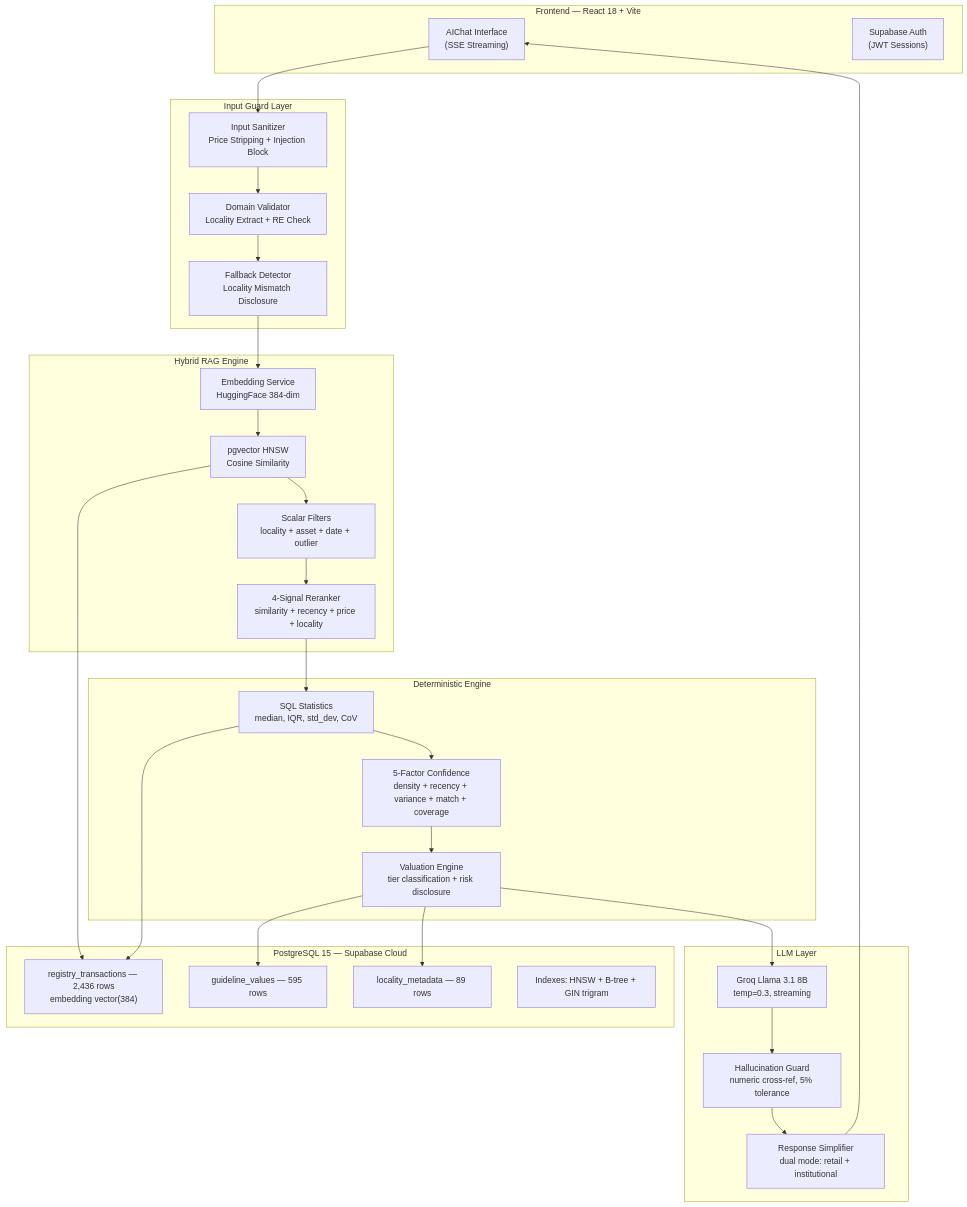
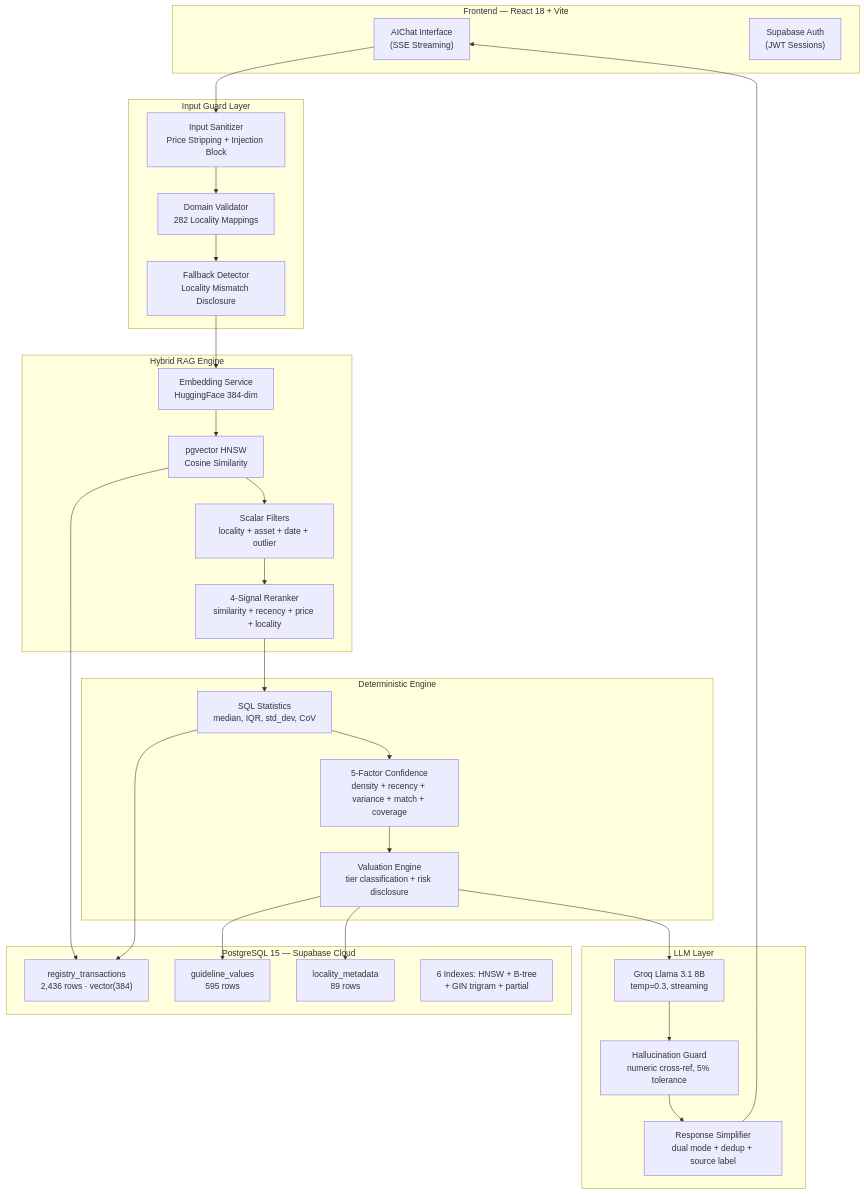
The first of 4 diagrams in ENTERPRISE_SYSTEM_DOCUMENTATION.md (purityprop26-AI/PurityPropAI), drawn with Mermaid before and after one commit. The commit also changed other lines of this file, not shown here.

````diff
--- a/ENTERPRISE_SYSTEM_DOCUMENTATION.md
+++ b/ENTERPRISE_SYSTEM_DOCUMENTATION.md
@@ -55,48 +68,48 @@
 ```mermaid
 graph TB
     subgraph Frontend["Frontend — React 18 + Vite"]
         UI["AIChat Interface<br/>(SSE Streaming)"]
         Auth["Supabase Auth<br/>(JWT Sessions)"]
     end
 
     subgraph Guards["Input Guard Layer"]
         SAN["Input Sanitizer<br/>Price Stripping + Injection Block"]
-        DV["Domain Validator<br/>Locality Extract + RE Check"]
+        DV["Domain Validator<br/>282 Locality Mappings"]
         FBD["Fallback Detector<br/>Locality Mismatch Disclosure"]
     end
 
     subgraph RAG["Hybrid RAG Engine"]
         EMB["Embedding Service<br/>HuggingFace 384-dim"]
         HNSW["pgvector HNSW<br/>Cosine Similarity"]
         SF["Scalar Filters<br/>locality + asset + date + outlier"]
         RR["4-Signal Reranker<br/>similarity + recency + price + locality"]
     end
 
     subgraph Valuation["Deterministic Engine"]
         STATS["SQL Statistics<br/>median, IQR, std_dev, CoV"]
         CONF["5-Factor Confidence<br/>density + recency + variance + match + coverage"]
         VE["Valuation Engine<br/>tier classification + risk disclosure"]
     end
 
     subgraph LLMLayer["LLM Layer"]
         GROQ["Groq Llama 3.1 8B<br/>temp=0.3, streaming"]
         HG["Hallucination Guard<br/>numeric cross-ref, 5% tolerance"]
-        RS["Response Simplifier<br/>dual mode: retail + institutional"]
+        RS["Response Simplifier<br/>dual mode + dedup + source label"]
     end
 
     subgraph DB["PostgreSQL 15 — Supabase Cloud"]
-        RT["registry_transactions — 2,436 rows<br/>embedding vector(384)"]
-        GV["guideline_values — 595 rows"]
-        LM["locality_metadata — 89 rows"]
-        IDX["Indexes: HNSW + B-tree + GIN trigram"]
+        RT["registry_transactions<br/>2,436 rows · vector(384)"]
+        GV["guideline_values<br/>595 rows"]
+        LM["locality_metadata<br/>89 rows"]
+        IDX["6 Indexes: HNSW + B-tree<br/>+ GIN trigram + partial"]
     end
 
     UI --> SAN --> DV --> FBD
     FBD --> EMB --> HNSW --> SF --> RR
     RR --> STATS --> CONF --> VE
     VE --> GROQ --> HG --> RS --> UI
     HNSW --> RT
     STATS --> RT
     VE --> GV
     VE --> LM
 ```
````
